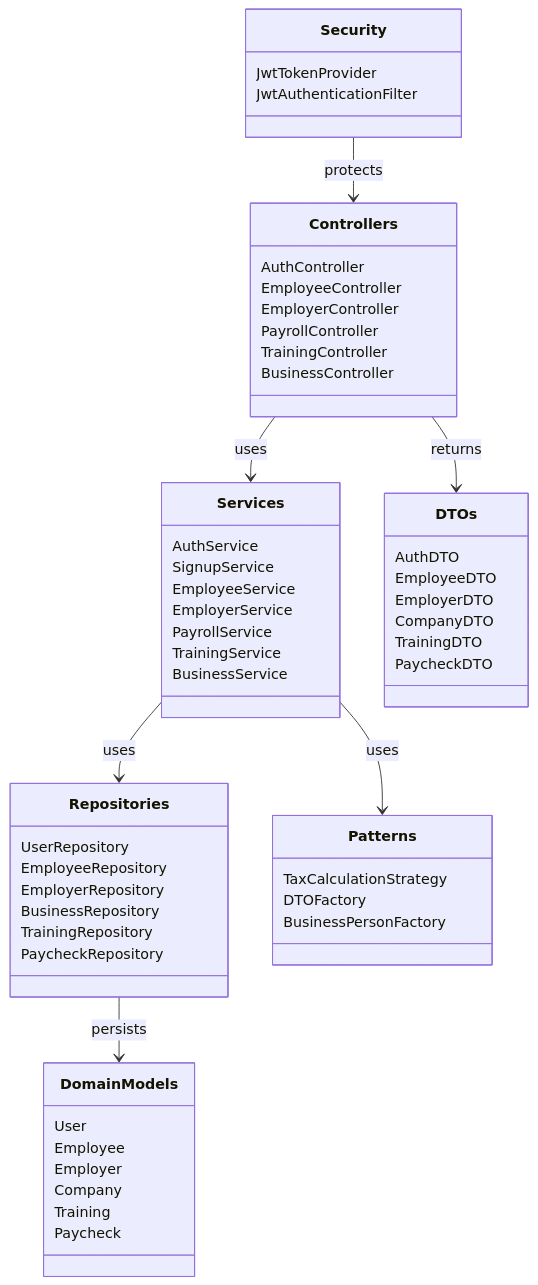
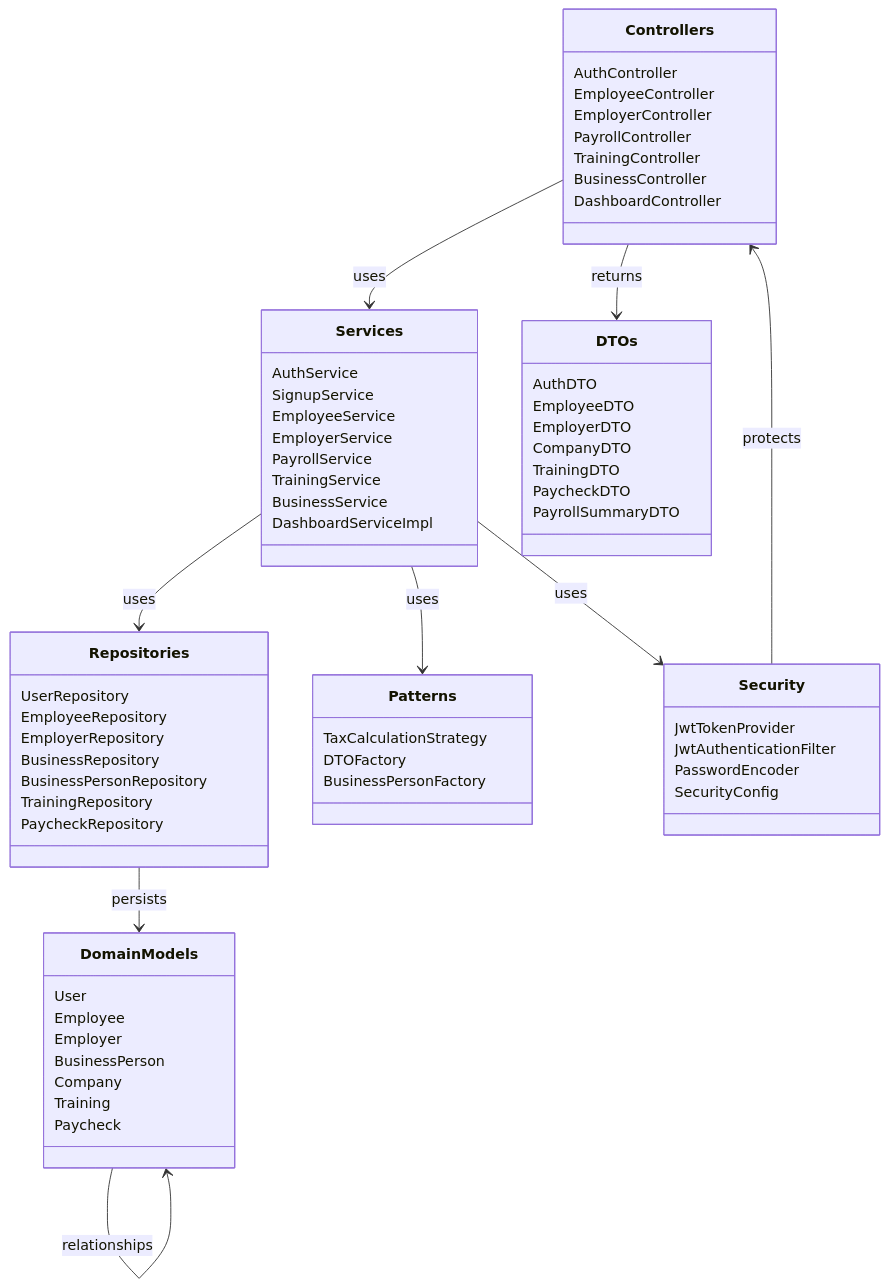
The diagram in src/docs/uml/condensed-architecture.mmd (JacobLef/Buzy), drawn with Mermaid before and after one commit. The commit also changed 43 other files, not shown here.

```diff
--- a/src/docs/uml/condensed-architecture.mmd
+++ b/src/docs/uml/condensed-architecture.mmd
@@ -1,73 +1,83 @@
 classDiagram
     direction TB
 
     %% Controllers Layer
     class Controllers {
         AuthController
         EmployeeController
         EmployerController
         PayrollController
         TrainingController
         BusinessController
+        DashboardController
     }
 
     %% Services Layer
     class Services {
         AuthService
         SignupService
         EmployeeService
         EmployerService
         PayrollService
         TrainingService
         BusinessService
+        DashboardServiceImpl
     }
 
     %% Repositories Layer
     class Repositories {
         UserRepository
         EmployeeRepository
         EmployerRepository
         BusinessRepository
+        BusinessPersonRepository
         TrainingRepository
         PaycheckRepository
     }
 
     %% Domain Models
     class DomainModels {
         User
         Employee
         Employer
+        BusinessPerson
         Company
         Training
         Paycheck
     }
 
     %% DTOs
     class DTOs {
         AuthDTO
         EmployeeDTO
         EmployerDTO
         CompanyDTO
         TrainingDTO
         PaycheckDTO
+        PayrollSummaryDTO
     }
 
     %% Design Patterns
     class Patterns {
         TaxCalculationStrategy
         DTOFactory
         BusinessPersonFactory
     }
 
-    %% Security
+    %% Security & Configuration
     class Security {
         JwtTokenProvider
         JwtAuthenticationFilter
+        PasswordEncoder
+        SecurityConfig
     }
 
+    %% Relationships
     Controllers --> Services : uses
     Controllers --> DTOs : returns
     Services --> Repositories : uses
     Services --> Patterns : uses
+    Services --> Security : uses
     Repositories --> DomainModels : persists
     Security --> Controllers : protects
+    DomainModels --> DomainModels : relationships
```
